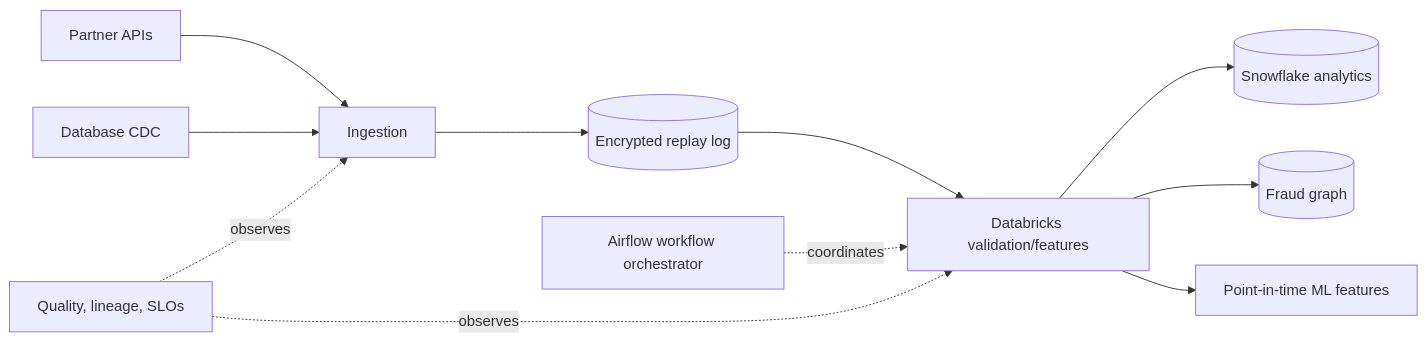
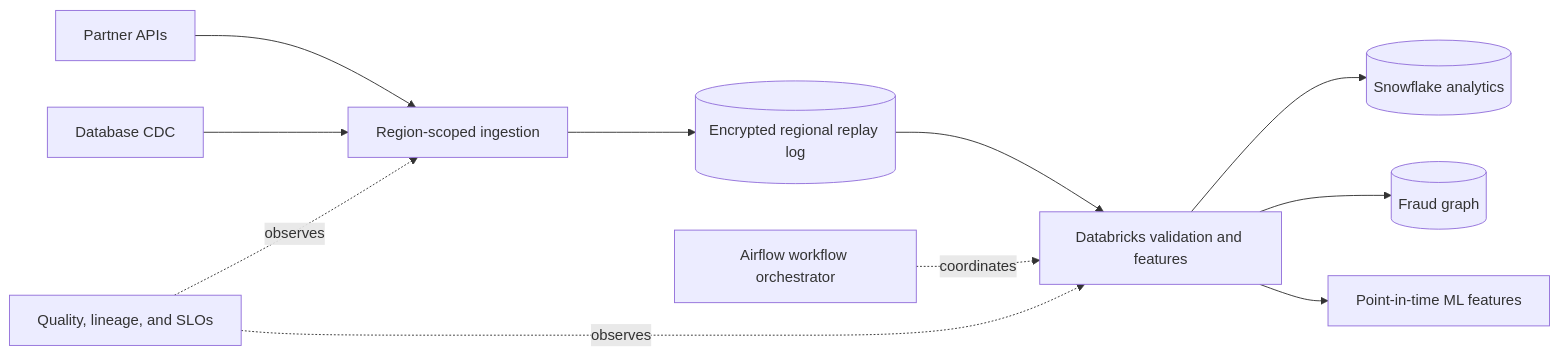
Before and after one commit to MarioOrellana58/data-engineering-interviews-study-guide: the diagram in advanced/08-capstone-mock-interview/README.md, drawn with Mermaid. The commit also changed 9 other files, not shown here.

Commit message:
Fixed mermaid diagrams broken

````diff
--- a/advanced/08-capstone-mock-interview/README.md
+++ b/advanced/08-capstone-mock-interview/README.md
@@ -9,13 +9,13 @@
 ```mermaid
 flowchart LR
-    API[Partner APIs] --> ING[Ingestion]
-    CDC[Database CDC] --> ING
-    ING --> RAW[(Encrypted replay log)]
-    RAW --> DBX[Databricks validation/features]
-    DBX --> SF[(Snowflake analytics)]
-    DBX --> G[(Fraud graph)]
-    DBX --> ML[Point-in-time ML features]
-    AF[Airflow workflow orchestrator] -. coordinates .-> DBX
-    OBS[Quality, lineage, SLOs] -. observes .-> ING
+    API["Partner APIs"] --> ING["Region-scoped ingestion"]
+    CDC["Database CDC"] --> ING
+    ING --> RAW[("Encrypted regional replay log")]
+    RAW --> DBX["Databricks validation and features"]
+    DBX --> SF[("Snowflake analytics")]
+    DBX --> G[("Fraud graph")]
+    DBX --> ML["Point-in-time ML features"]
+    AF["Airflow workflow orchestrator"] -. coordinates .-> DBX
+    OBS["Quality, lineage, and SLOs"] -. observes .-> ING
     OBS -. observes .-> DBX
 ```
````
